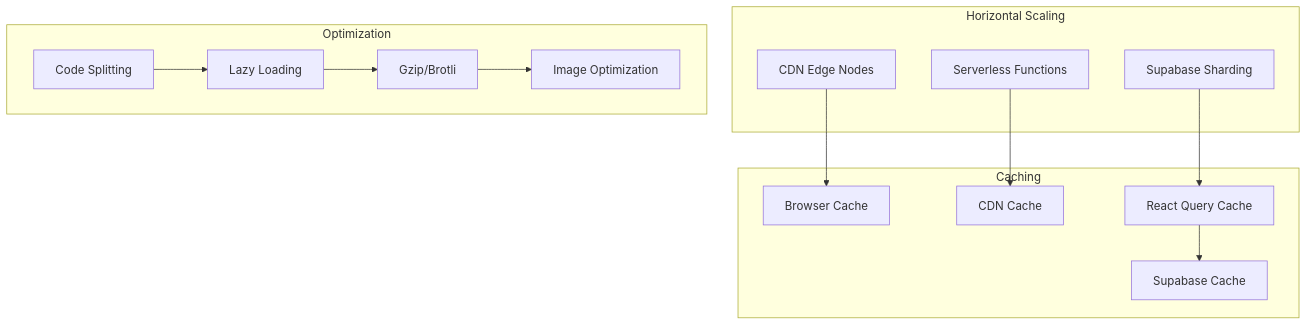
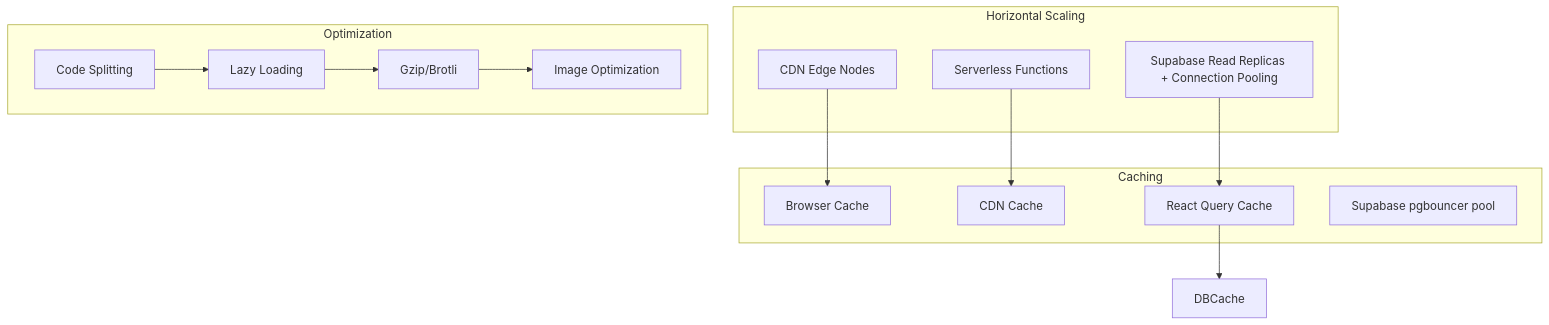
One commit to dobeutech/dobeunet-vercel changed diagram 14 of 19 in docs/SYSTEM_ARCHITECTURE.md. Above: the diagram before and after it, drawn with Mermaid. The commit also changed other lines of this file and 5 other files, not shown here.

````diff
--- a/docs/SYSTEM_ARCHITECTURE.md
+++ b/docs/SYSTEM_ARCHITECTURE.md
@@ -729,30 +729,30 @@
 ```mermaid
 graph TB
     subgraph "Horizontal Scaling"
         CDN[CDN Edge Nodes]
         Functions[Serverless Functions]
-        DB[Supabase Sharding]
+        DB[Supabase Read Replicas + Connection Pooling]
     end
 
     subgraph "Caching"
         Browser[Browser Cache]
         CDNCache[CDN Cache]
         QueryCache[React Query Cache]
-        DBCache[Supabase Cache]
+        PGBouncer[Supabase pgbouncer pool]
     end
 
     subgraph "Optimization"
         CodeSplit[Code Splitting]
         LazyLoad[Lazy Loading]
         Compression[Gzip/Brotli]
         Images[Image Optimization]
     end
 
     CDN --> Browser
     Functions --> CDNCache
     DB --> QueryCache
     QueryCache --> DBCache
     CodeSplit --> LazyLoad
     LazyLoad --> Compression
     Compression --> Images
 ```
````
